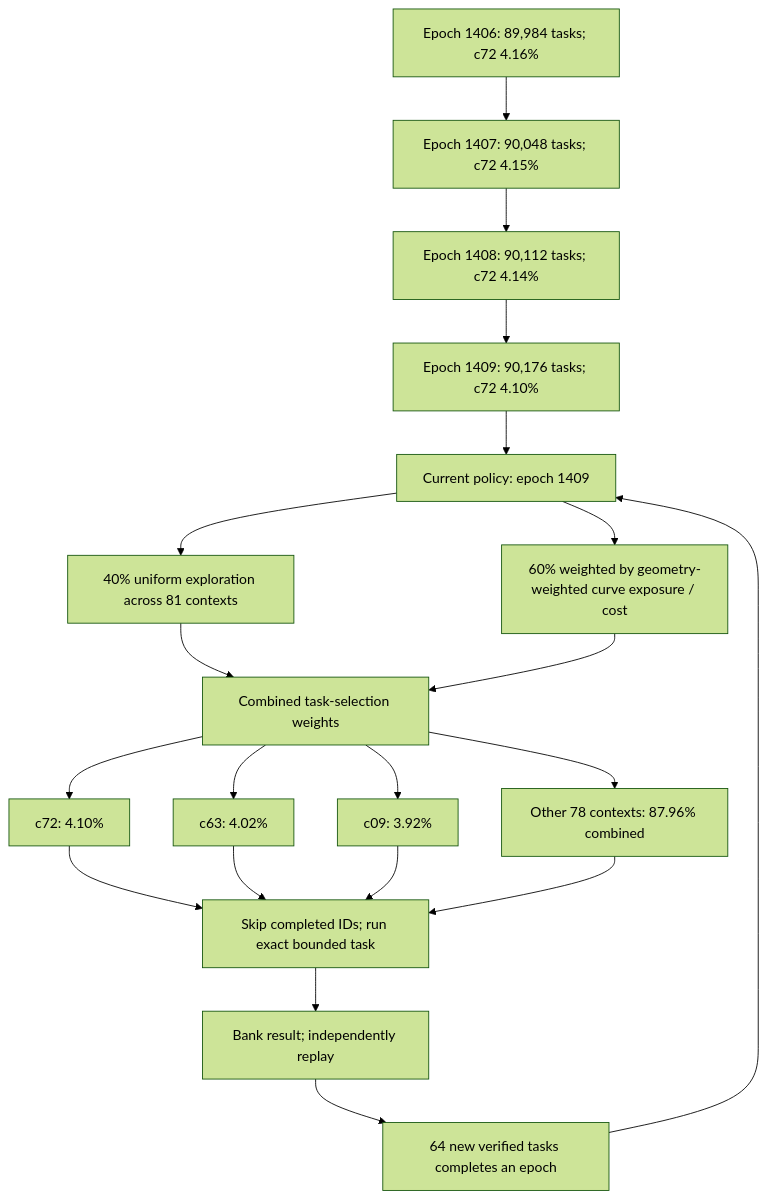
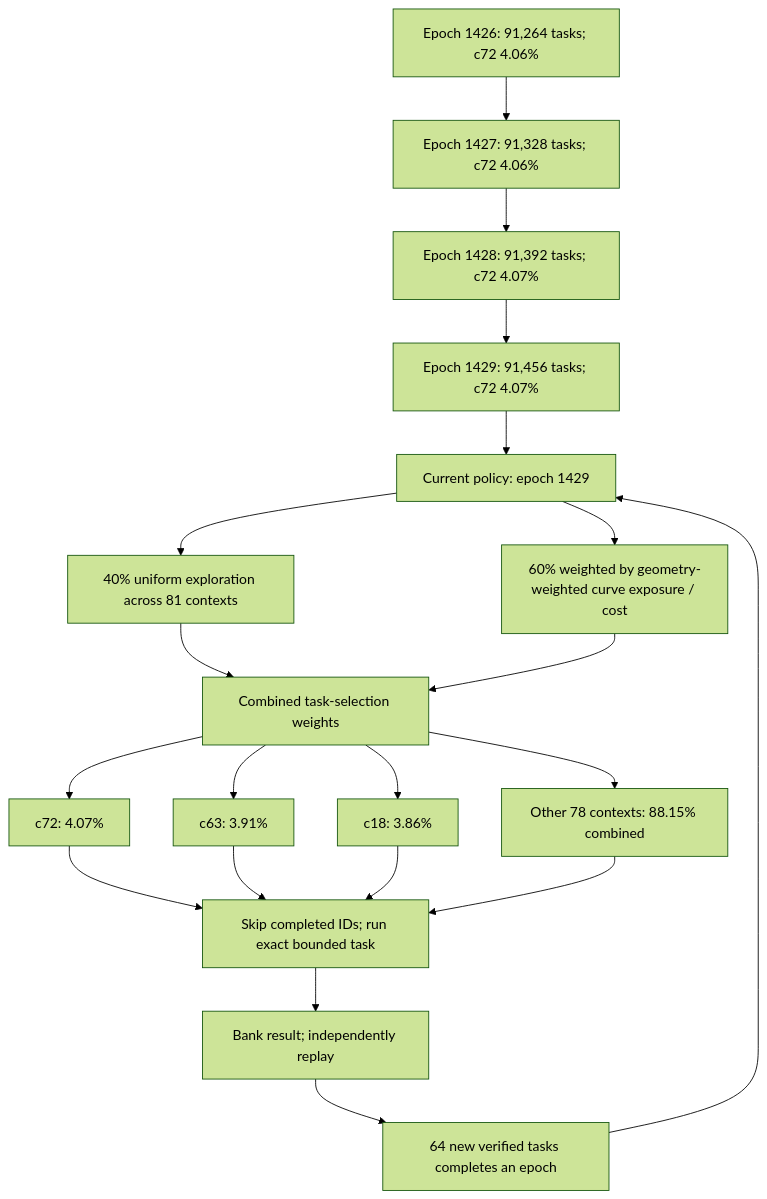
One commit to Kuberwastaken/math-gambling changed the first of 3 diagrams in README.md. Above: the diagram before and after it, drawn with Mermaid (forest theme). The commit also changed other lines of this file and 2582 other files, not shown here.

````diff
--- a/README.md
+++ b/README.md
@@ -56,27 +56,27 @@
 ```mermaid
 flowchart TD
-    H0["Epoch 1406: 89,984 tasks; c72 4.16%"]
-    H1["Epoch 1407: 90,048 tasks; c72 4.15%"]
+    H0["Epoch 1426: 91,264 tasks; c72 4.06%"]
+    H1["Epoch 1427: 91,328 tasks; c72 4.06%"]
     H0 --> H1
-    H2["Epoch 1408: 90,112 tasks; c72 4.14%"]
+    H2["Epoch 1428: 91,392 tasks; c72 4.07%"]
     H1 --> H2
-    H3["Epoch 1409: 90,176 tasks; c72 4.10%"]
+    H3["Epoch 1429: 91,456 tasks; c72 4.07%"]
     H2 --> H3
-    Policy["Current policy: epoch 1409"]
+    Policy["Current policy: epoch 1429"]
     H3 --> Policy
     Policy --> Explore["40% uniform exploration across 81 contexts"]
     Policy --> Cost["60% weighted by geometry-weighted curve exposure / cost"]
     Explore --> Mix["Combined task-selection weights"]
     Cost --> Mix
-    Mix --> C0["c72: 4.10%"]
-    Mix --> C1["c63: 4.02%"]
-    Mix --> C2["c09: 3.92%"]
-    Mix --> Rest["Other 78 contexts: 87.96% combined"]
+    Mix --> C0["c72: 4.07%"]
+    Mix --> C1["c63: 3.91%"]
+    Mix --> C2["c18: 3.86%"]
+    Mix --> Rest["Other 78 contexts: 88.15% combined"]
     C0 --> Check["Skip completed IDs; run exact bounded task"]
     C1 --> Check
     C2 --> Check
     Rest --> Check
     Check --> Replay["Bank result; independently replay"]
     Replay --> Gate["64 new verified tasks completes an epoch"]
     Gate --> Policy
 ```
````
